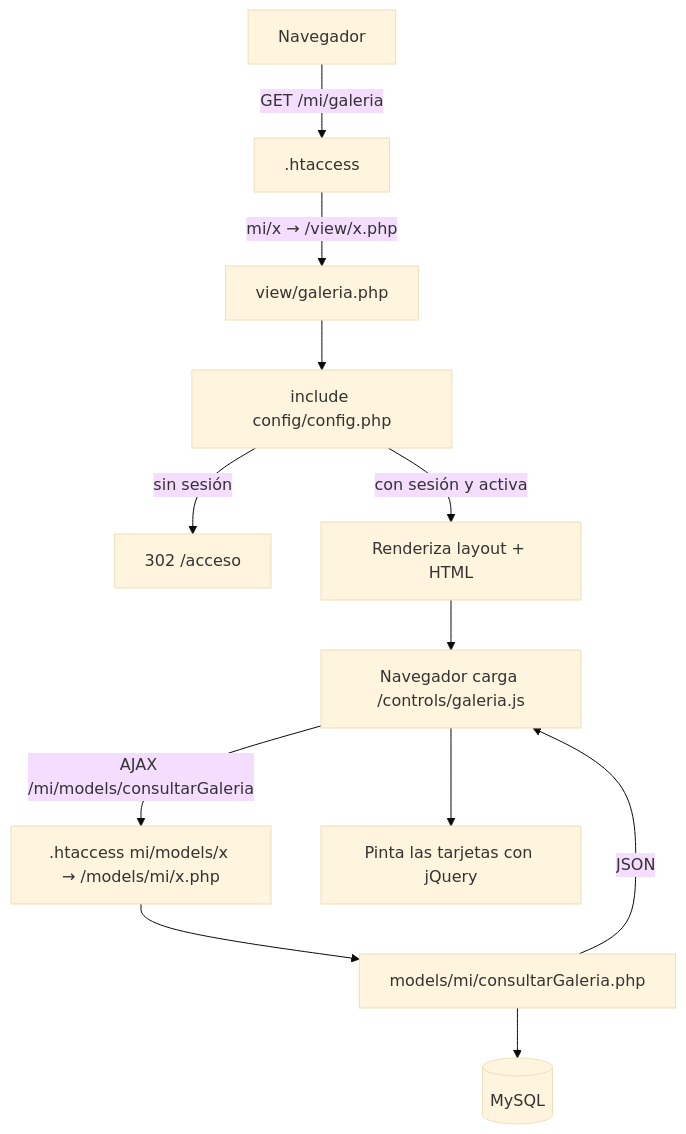
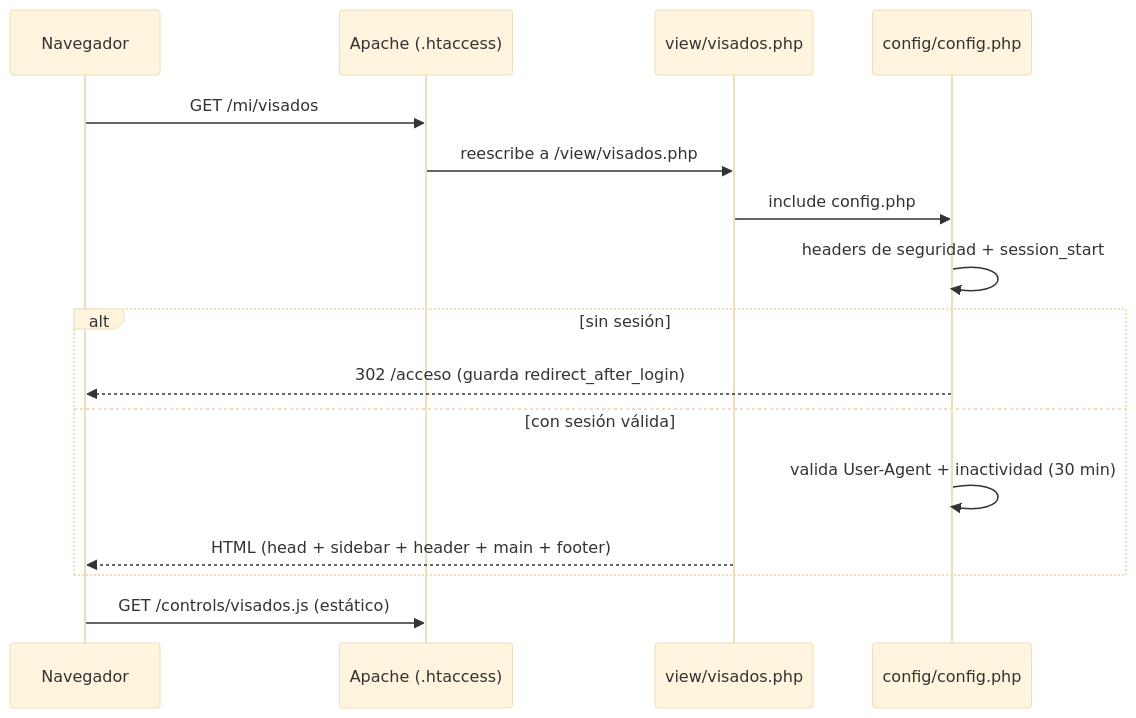
The second of 4 diagrams in README.md (CentroDigitalGoodmax/sistema_dashboard), drawn with Mermaid (base theme) before and after one commit. The commit also changed other lines of this file and 1 other file, not shown here.

````diff
--- a/README.md
+++ b/README.md
@@ -208,14 +290,18 @@
 ```mermaid
-flowchart TD
-    A[Navegador] -->|GET /mi/galeria| B[.htaccess]
-    B -->|mi/x → /view/x.php| C[view/galeria.php]
-    C --> D[include config/config.php]
-    D -->|sin sesión| E[302 /acceso]
-    D -->|con sesión y activa| F[Renderiza layout + HTML]
-    F --> G[Navegador carga /controls/galeria.js]
-    G -->|AJAX /mi/models/consultarGaleria| H[.htaccess mi/models/x → /models/mi/x.php]
-    H --> I[models/mi/consultarGaleria.php]
-    I --> J[(MySQL)]
-    I -->|JSON| G
-    G --> K[Pinta las tarjetas con jQuery]
+sequenceDiagram
+    participant N as Navegador
+    participant A as Apache (.htaccess)
+    participant V as view/visados.php
+    participant G as config/config.php
+    N->>A: GET /mi/visados
+    A->>V: reescribe a /view/visados.php
+    V->>G: include config.php
+    G->>G: headers de seguridad + session_start
+    alt sin sesión
+        G-->>N: 302 /acceso (guarda redirect_after_login)
+    else con sesión válida
+        G->>G: valida User-Agent + inactividad (30 min)
+        V-->>N: HTML (head + sidebar + header + main + footer)
+    end
+    N->>A: GET /controls/visados.js (estático)
 ```
````
